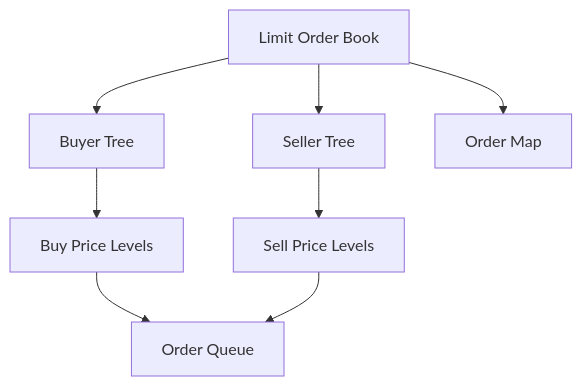
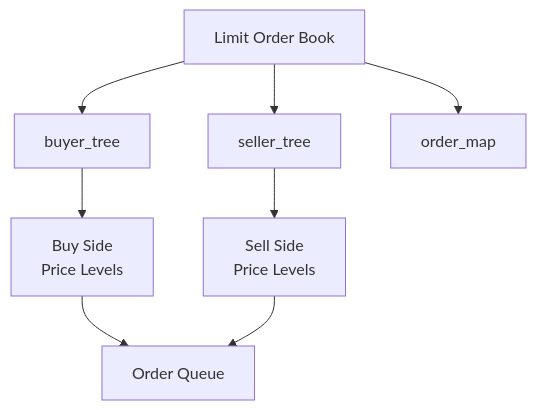
Before and after one commit to Julian119-119/LOB: the first of 2 diagrams in doc/architecture.md, drawn with Mermaid. The commit also changed other lines of this file and 1 other file, not shown here.

````diff
--- a/doc/architecture.md
+++ b/doc/architecture.md
@@ -15,25 +15,25 @@
 ```mermaid
 flowchart TD
 
     LOB[Limit Order Book]
 
-    BUY[Buyer Tree]
-    SELL[Seller Tree]
+    BUY[buyer_tree]
+    SELL[seller_tree]
 
-    MAP[Order Map]
-
-    BPL[Buy Price Levels]
-    SPL[Sell Price Levels]
+    MAP[order_map]
+    
+    BPL[Buy Side<br>Price Levels]
+    SPL[Sell Side<br>Price Levels]
 
     ORD[Order Queue]
 
     LOB --> BUY
     LOB --> SELL
     LOB --> MAP
 
     BUY --> BPL
     SELL --> SPL
 
     BPL --> ORD
     SPL --> ORD
 ```
````
